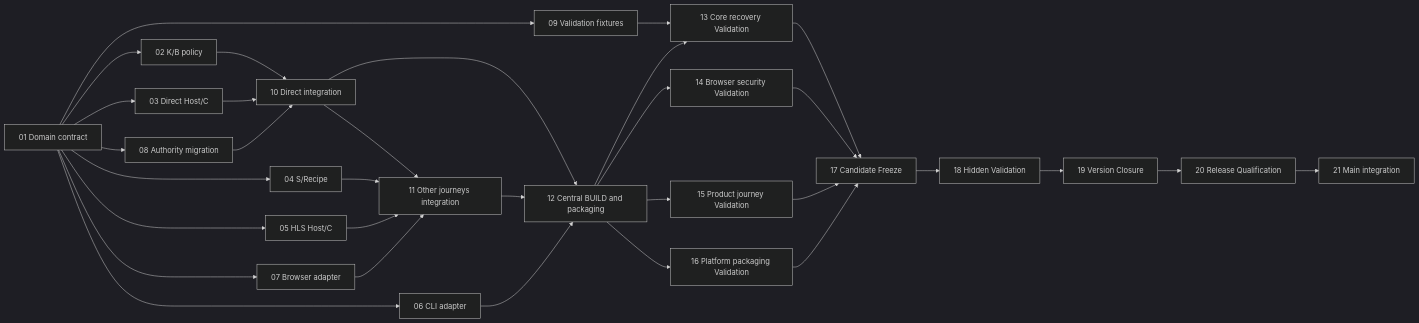
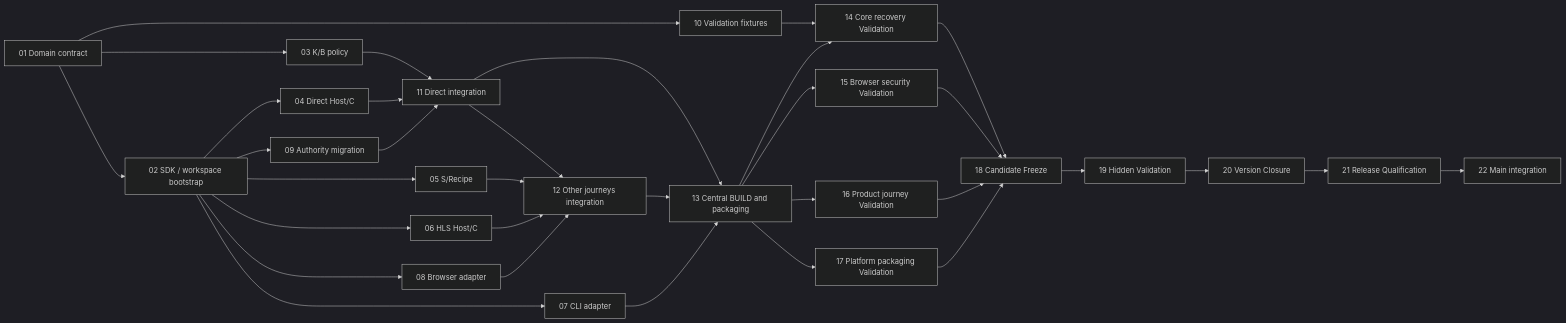
Before and after one commit to kaicreator-mm/xDownload: the diagram in docs/implementation/v0.2.0/TASK_DAG_R0.md, drawn with Mermaid (dark theme). The commit also changed other lines of this file, not shown here.

Commit message:
docs(v0.2): repair R1 P1 SDK bootstrap ordering and task topology; stage T02→T13 manifest handoff (#188 #189)

````diff
--- a/docs/implementation/v0.2.0/TASK_DAG_R0.md
+++ b/docs/implementation/v0.2.0/TASK_DAG_R0.md
@@ -22,34 +22,35 @@
 ```mermaid
 flowchart LR
-  T01[01 Domain contract] --> T02[02 K/B policy]
-  T01 --> T03[03 Direct Host/C]
-  T01 --> T04[04 S/Recipe]
-  T01 --> T05[05 HLS Host/C]
-  T01 --> T06[06 CLI adapter]
-  T01 --> T07[07 Browser adapter]
-  T01 --> T08[08 Authority migration]
-  T01 --> T09[09 Validation fixtures]
-  T02 --> T10[10 Direct integration]
-  T03 --> T10
-  T08 --> T10
-  T10 --> T11[11 Other journeys integration]
+  T01 --> T02[02 SDK / workspace bootstrap]
+  T01[01 Domain contract] --> T03[03 K/B policy]
+  T02 --> T04[04 Direct Host/C]
+  T02 --> T05[05 S/Recipe]
+  T02 --> T06[06 HLS Host/C]
+  T02 --> T07[07 CLI adapter]
+  T02 --> T08[08 Browser adapter]
+  T02 --> T09[09 Authority migration]
+  T01 --> T10[10 Validation fixtures]
+  T03 --> T11[11 Direct integration]
   T04 --> T11
-  T05 --> T11
-  T07 --> T11
-  T10 --> T12[12 Central BUILD and packaging]
-  T11 --> T12
+  T09 --> T11
+  T11 --> T12[12 Other journeys integration]
+  T05 --> T12
   T06 --> T12
-  T09 --> T13[13 Core recovery Validation]
+  T08 --> T12
+  T11 --> T13[13 Central BUILD and packaging]
   T12 --> T13
-  T12 --> T14[14 Browser security Validation]
-  T12 --> T15[15 Product journey Validation]
-  T12 --> T16[16 Platform packaging Validation]
-  T13 --> T17[17 Candidate Freeze]
-  T14 --> T17
-  T15 --> T17
-  T16 --> T17
-  T17 --> T18[18 Hidden Validation]
-  T18 --> T19[19 Version Closure]
-  T19 --> T20[20 Release Qualification]
-  T20 --> T21[21 Main integration]
+  T07 --> T13
+  T10 --> T14[14 Core recovery Validation]
+  T13 --> T14
+  T13 --> T15[15 Browser security Validation]
+  T13 --> T16[16 Product journey Validation]
+  T13 --> T17[17 Platform packaging Validation]
+  T14 --> T18[18 Candidate Freeze]
+  T15 --> T18
+  T16 --> T18
+  T17 --> T18
+  T18 --> T19[19 Hidden Validation]
+  T19 --> T20[20 Version Closure]
+  T20 --> T21[21 Release Qualification]
+  T21 --> T22[22 Main integration]
 ```
````
